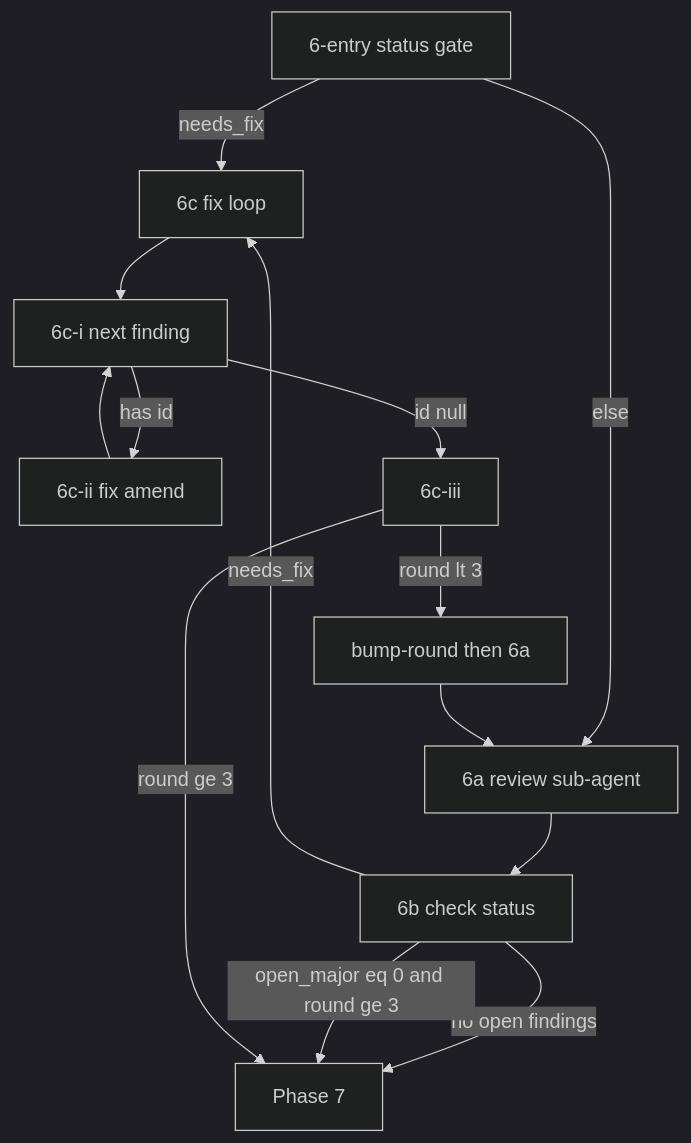
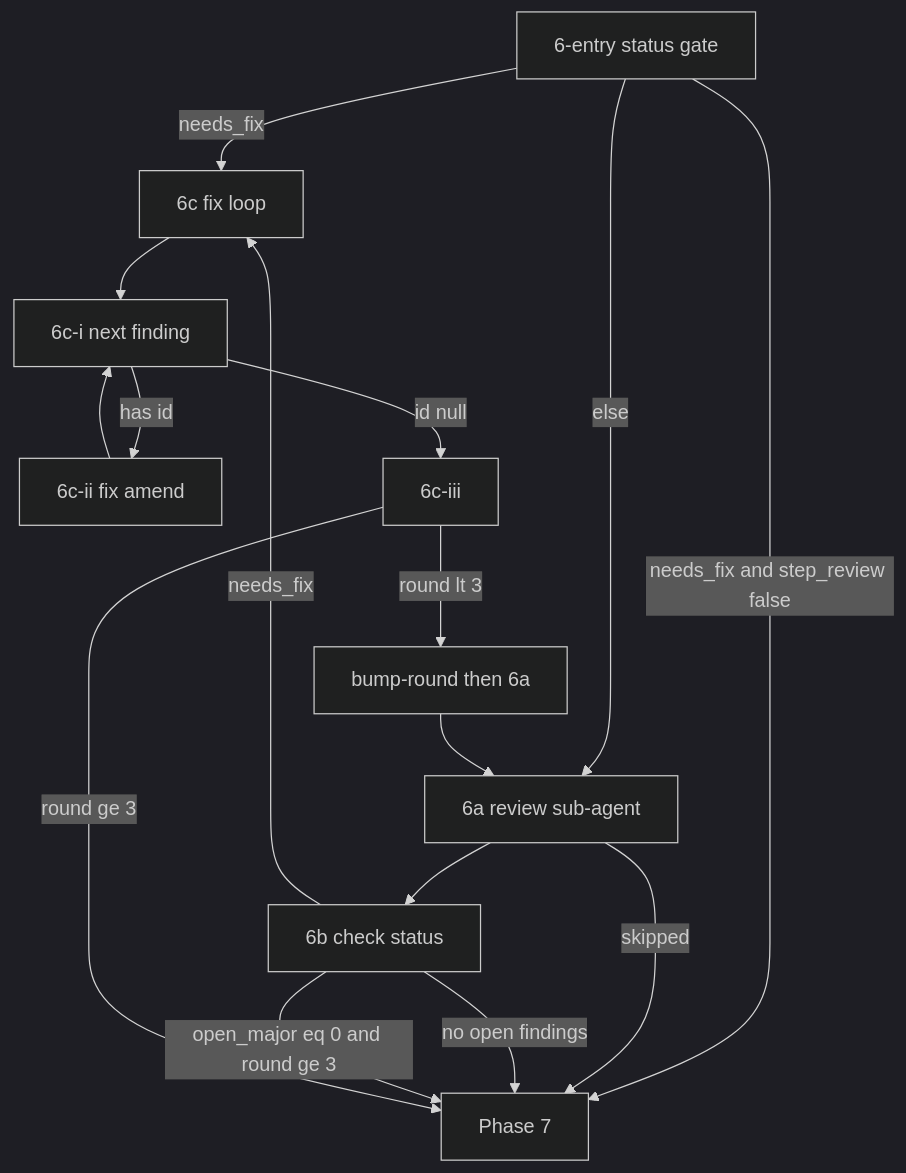
The diagram in skills/spex/references/apply-review-loop.md (jiangxin/spex), drawn with Mermaid (dark theme) before and after one commit. The commit also changed other lines of this file and 5 other files, not shown here.

First line of the commit message:
docs: route skipped step review to Phase 7

````diff
--- a/skills/spex/references/apply-review-loop.md
+++ b/skills/spex/references/apply-review-loop.md
@@ -8,16 +8,18 @@
 ```mermaid
 flowchart TD
-  entry[6-entry status gate] -->|needs_fix| fix[6c fix loop]
-  entry -->|else| review[6a review sub-agent]
-  review --> check[6b check status]
-  check -->|no open findings| phase7[Phase 7]
-  check -->|open_major eq 0 and round ge 3| phase7
-  check -->|needs_fix| fix
-  fix --> pick[6c-i next finding]
-  pick -->|has id| oneFix[6c-ii fix amend]
-  oneFix --> pick
-  pick -->|id null| bumpOrDone[6c-iii]
-  bumpOrDone -->|round lt 3| bump[bump-round then 6a]
-  bump --> review
-  bumpOrDone -->|round ge 3| phase7
+    entry[6-entry status gate] -->|needs_fix and step_review false| phase7[Phase 7]
+    entry -->|needs_fix| fix[6c fix loop]
+    entry -->|else| review[6a review sub-agent]
+    review -->|skipped| phase7
+    review --> check[6b check status]
+    check -->|no open findings| phase7
+    check -->|open_major eq 0 and round ge 3| phase7
+    check -->|needs_fix| fix
+    fix --> pick[6c-i next finding]
+    pick -->|has id| oneFix[6c-ii fix amend]
+    oneFix --> pick
+    pick -->|id null| bumpOrDone[6c-iii]
+    bumpOrDone -->|round lt 3| bump[bump-round then 6a]
+    bump --> review
+    bumpOrDone -->|round ge 3| phase7
 ```
````
